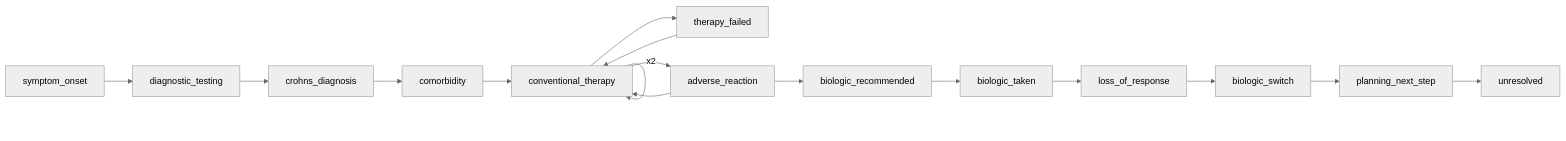
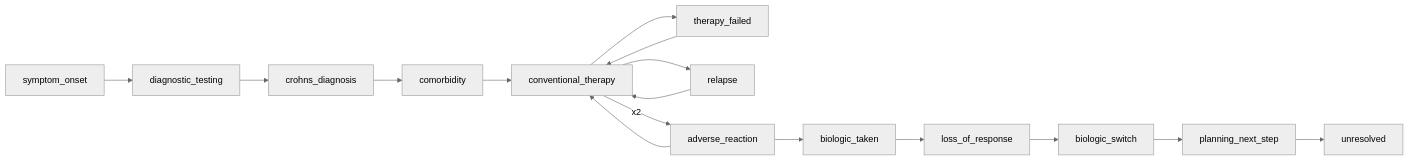
One commit to carecodeconnect/crohnicity changed diagram 26 of 50 in docs/referral_pathways.md. Above: the diagram before and after it, drawn with Mermaid. The commit also changed other lines of this file and 107 other files, not shown here.

````diff
--- a/docs/referral_pathways.md
+++ b/docs/referral_pathways.md
@@ -968,32 +982,32 @@
 ``` mermaid
 %%{init: {'theme':'neutral'}}%%
 flowchart LR
     n0["symptom_onset"]
     n1["diagnostic_testing"]
     n2["crohns_diagnosis"]
     n3["comorbidity"]
     n4["conventional_therapy"]
     n5["therapy_failed"]
-    n6["adverse_reaction"]
-    n7["biologic_recommended"]
+    n6["relapse"]
+    n7["adverse_reaction"]
     n8["biologic_taken"]
     n9["loss_of_response"]
     n10["biologic_switch"]
     n11["planning_next_step"]
     n12["unresolved"]
     n0 -->n1
     n1 -->n2
     n2 -->n3
     n3 -->n4
-    n4 -->n4
     n4 -->n5
     n5 -->n4
-    n4 -->|x2| n6
+    n4 -->n6
     n6 -->n4
-    n6 -->n7
+    n4 -->|x2| n7
+    n7 -->n4
     n7 -->n8
     n8 -->n9
     n9 -->n10
     n10 -->n11
     n11 -->n12
 ```
````
